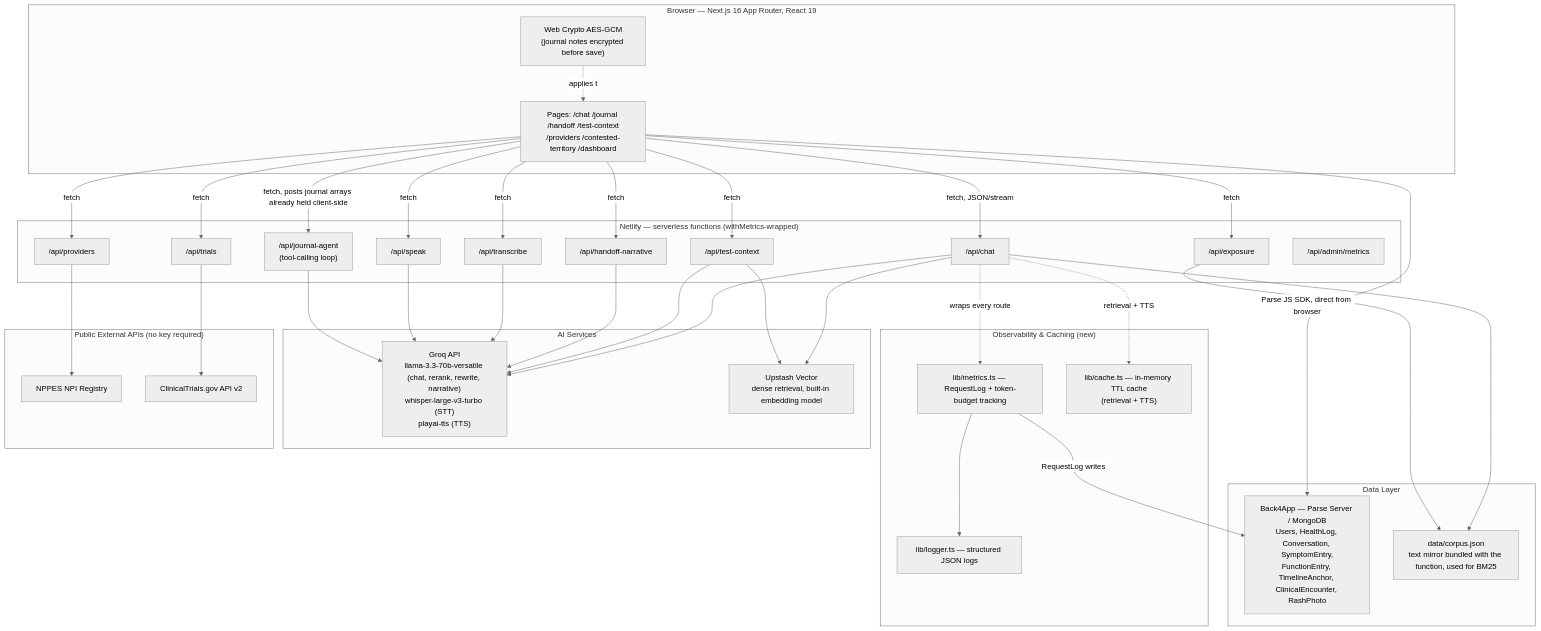
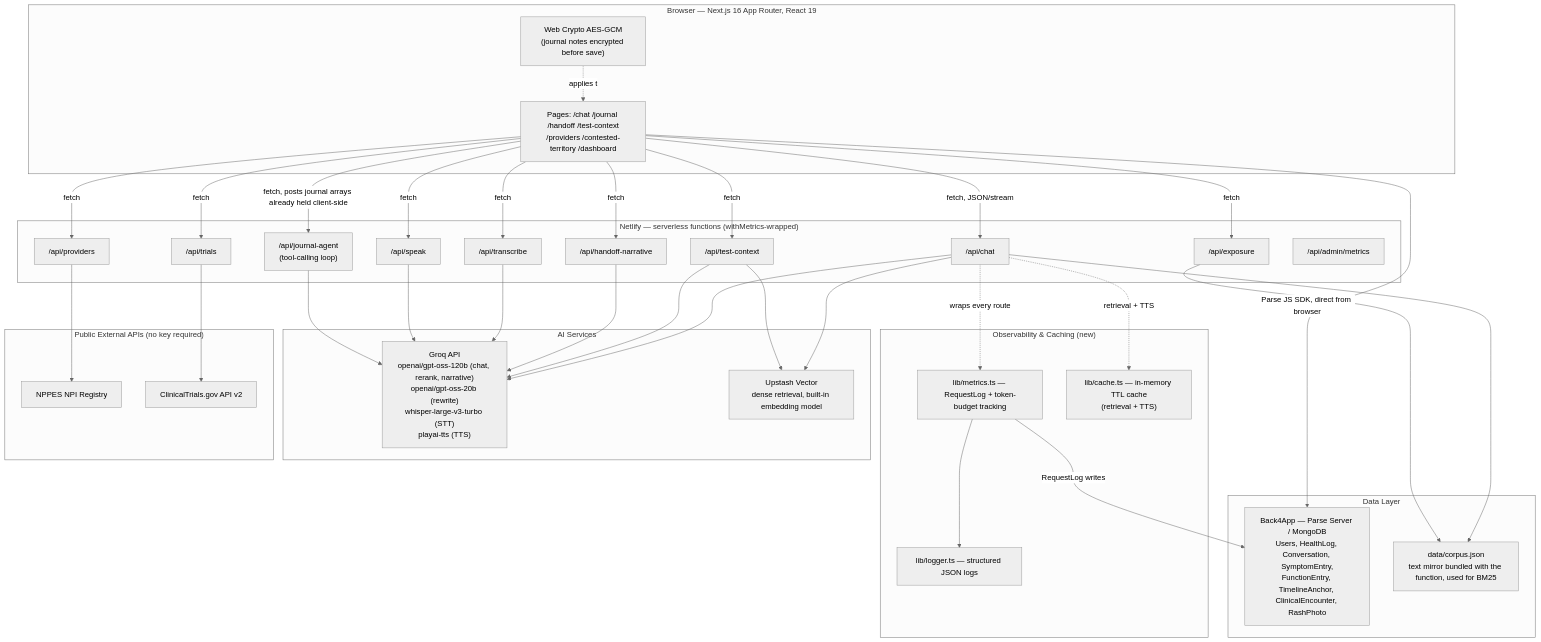
Before and after one commit to Raj102002/AIHealthcare: the first of 6 diagrams in design.md, drawn with Mermaid (neutral theme). The commit also changed other lines of this file and 46 other files, not shown here.

````diff
--- a/design.md
+++ b/design.md
@@ -12,71 +12,71 @@
 ```mermaid
 graph TB
     subgraph Client["Browser — Next.js 16 App Router, React 19"]
         UI["Pages: /chat /journal /handoff /test-context<br/>/providers /contested-territory /dashboard"]
         Crypto["Web Crypto AES-GCM<br/>(journal notes encrypted before save)"]
     end
 
     subgraph Netlify["Netlify — serverless functions (withMetrics-wrapped)"]
         ChatAPI["/api/chat"]
         TranscribeAPI["/api/transcribe"]
         SpeakAPI["/api/speak"]
         TestContextAPI["/api/test-context"]
         ExposureAPI["/api/exposure"]
         HandoffAPI["/api/handoff-narrative"]
         ProvidersAPI["/api/providers"]
         TrialsAPI["/api/trials"]
         JournalAgentAPI["/api/journal-agent<br/>(tool-calling loop)"]
         MetricsAPI["/api/admin/metrics"]
     end
 
     subgraph ObsCache["Observability & Caching (new)"]
         Logger["lib/logger.ts — structured JSON logs"]
         Metrics["lib/metrics.ts — RequestLog + token-budget tracking"]
         Cache["lib/cache.ts — in-memory TTL cache<br/>(retrieval + TTS)"]
     end
 
     subgraph AI["AI Services"]
-        Groq["Groq API<br/>llama-3.3-70b-versatile (chat, rerank, rewrite, narrative)<br/>whisper-large-v3-turbo (STT)<br/>playai-tts (TTS)"]
+        Groq["Groq API<br/>openai/gpt-oss-120b (chat, rerank, narrative)<br/>openai/gpt-oss-20b (rewrite)<br/>whisper-large-v3-turbo (STT)<br/>playai-tts (TTS)"]
         Upstash["Upstash Vector<br/>dense retrieval, built-in embedding model"]
     end
 
     subgraph Data["Data Layer"]
         Back4App["Back4App — Parse Server / MongoDB<br/>Users, HealthLog, Conversation, SymptomEntry,<br/>FunctionEntry, TimelineAnchor, ClinicalEncounter, RashPhoto"]
         CorpusJSON["data/corpus.json<br/>text mirror bundled with the function, used for BM25"]
     end
 
     subgraph External["Public External APIs (no key required)"]
         NPPES["NPPES NPI Registry"]
         CTGov["ClinicalTrials.gov API v2"]
     end
 
     UI -->|fetch, JSON/stream| ChatAPI
     UI -->|fetch| TranscribeAPI
     UI -->|fetch| SpeakAPI
     UI -->|fetch| TestContextAPI
     UI -->|fetch| ExposureAPI
     UI -->|fetch| HandoffAPI
     UI -->|fetch| ProvidersAPI
     UI -->|fetch| TrialsAPI
     UI -->|Parse JS SDK, direct from browser| Back4App
     UI -->|fetch, posts journal arrays already held client-side| JournalAgentAPI
     Crypto -.applies to.-> UI
 
     ChatAPI --> Groq
     ChatAPI --> Upstash
     ChatAPI --> CorpusJSON
     TestContextAPI --> Groq
     TestContextAPI --> Upstash
     ExposureAPI --> CorpusJSON
     HandoffAPI --> Groq
     TranscribeAPI --> Groq
     SpeakAPI --> Groq
     ProvidersAPI --> NPPES
     TrialsAPI --> CTGov
     JournalAgentAPI --> Groq
 
     ChatAPI -.wraps every route.-> Metrics
     Metrics --> Logger
     Metrics -->|RequestLog writes| Back4App
     ChatAPI -.retrieval + TTS.-> Cache
 ```
````
